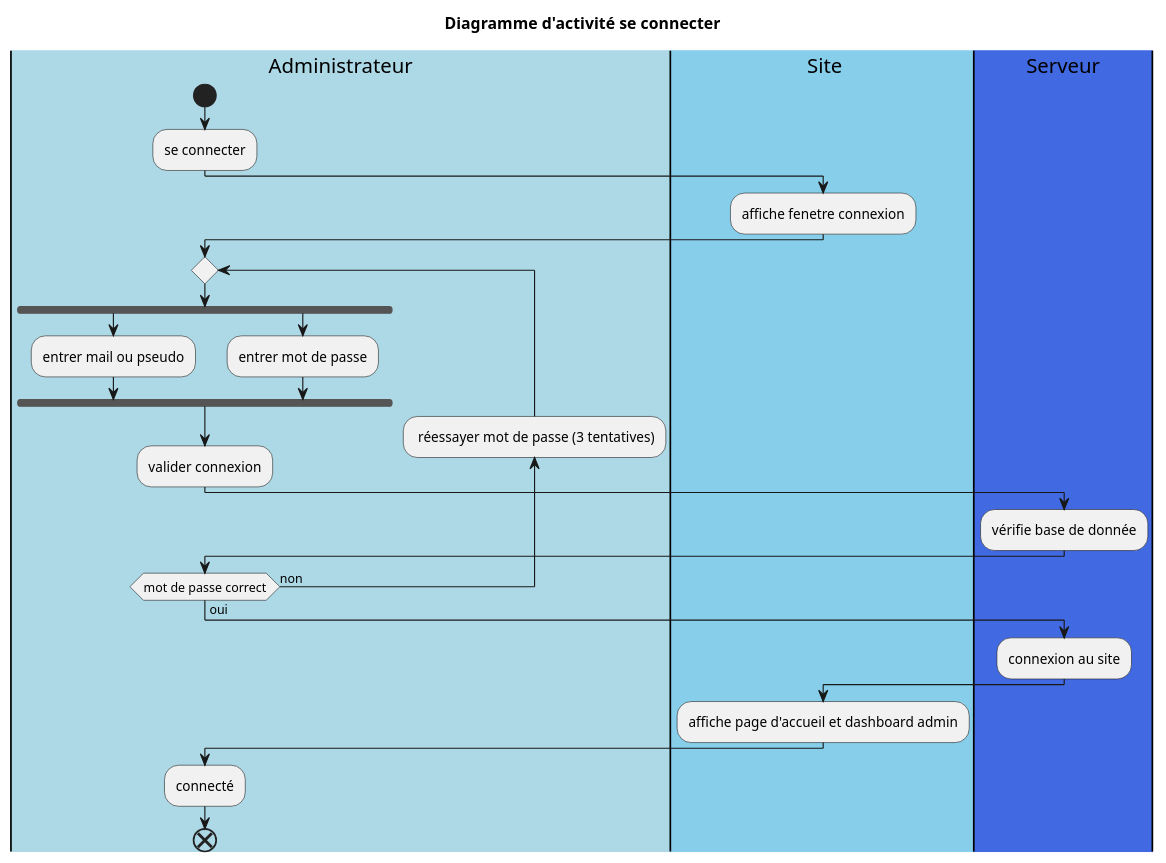
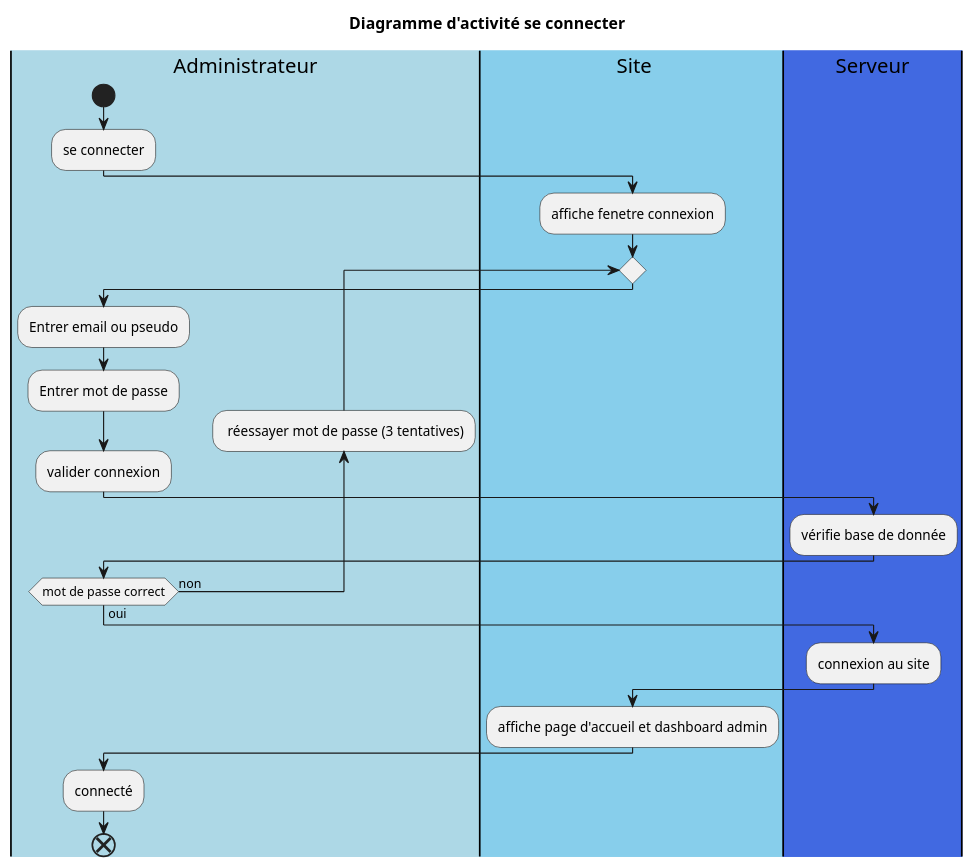
The first of 6 diagrams in conception/diagActivitéAdmin.puml (redkards/siteEsctBoxe), drawn with PlantUML before and after one commit. The commit also changed other lines of this file and 3 other files, not shown here.

```diff
--- a/conception/diagActivitéAdmin.puml
+++ b/conception/diagActivitéAdmin.puml
@@ -1,39 +1,32 @@
 @startuml connexion
 title "Diagramme d'activité se connecter"
 |#LightBlue|Administrateur|
 |#SkyBlue|s| Site
 |#RoyalBlue|Serveur|
 
    
 |Administrateur|
 start
 :se connecter;
 |s|
 :affiche fenetre connexion;
+repeat
 |Administrateur|
-repeat
-fork
-:entrer mail ou pseudo;
-fork again
-:entrer mot de passe;
-end fork
+:Entrer email ou pseudo;
+:Entrer mot de passe;
 :valider connexion;
  |Serveur|
  :vérifie base de donnée;
 |Administrateur|
 backward: réessayer mot de passe (3 tentatives);
 repeatwhile (mot de passe correct) is (non) not (oui)
 |Serveur|
  :connexion au site;
  |s|
  :affiche page d'accueil et dashboard admin;
  |Administrateur|
  :connecté;
 
  end
 
-
-
-
-
 @enduml
```
